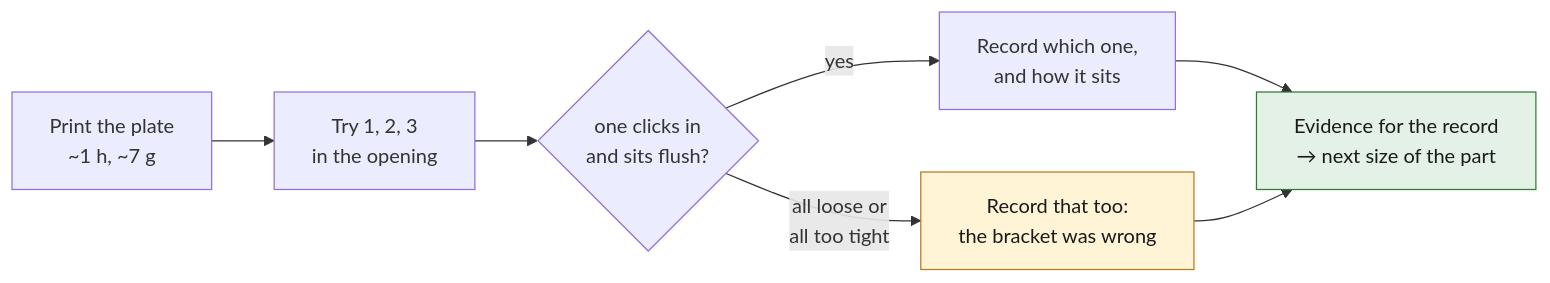
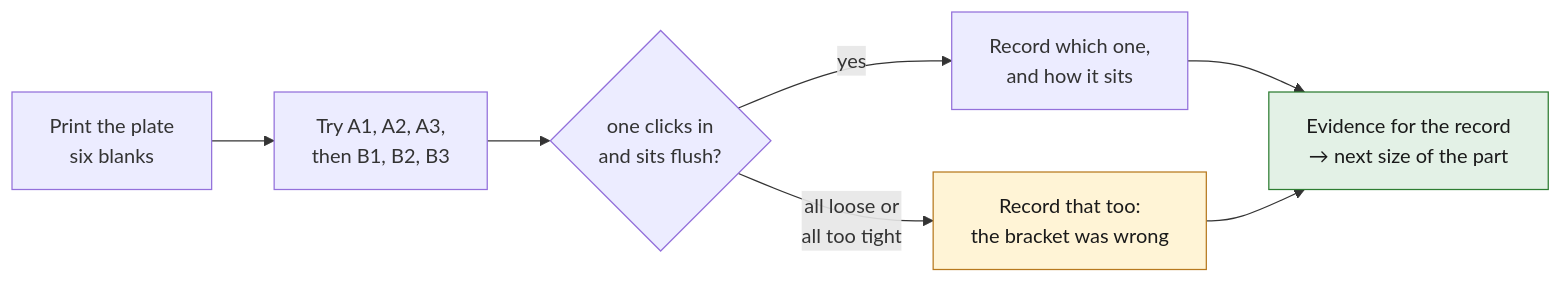
The diagram in parts/993-int-switch-blank-0001/print/README.md (cluster2600/porscheparts), drawn with Mermaid before and after one commit. The commit also changed other lines of this file and 23 other files, not shown here.

````diff
--- a/parts/993-int-switch-blank-0001/print/README.md
+++ b/parts/993-int-switch-blank-0001/print/README.md
@@ -29,13 +37,13 @@
 ```mermaid
 flowchart LR
-    P["Print the plate<br/>~1 h, ~7 g"] --> T["Try 1, 2, 3<br/>in the opening"]
+    P["Print the plate<br/>six blanks"] --> T["Try A1, A2, A3,<br/>then B1, B2, B3"]
     T --> F{"one clicks in<br/>and sits flush?"}
     F -- yes --> R["Record which one,<br/>and how it sits"]
     F -- "all loose or<br/>all too tight" --> N["Record that too:<br/>the bracket was wrong"]
     R --> E["Evidence for the record<br/>→ next size of the part"]
     N --> E
     classDef ok fill:#e3f1e6,stroke:#2e7d32,color:#1a1a1a;
     classDef open fill:#fff4d6,stroke:#b7791f,color:#1a1a1a;
     class E ok
     class N open
 ```
````
